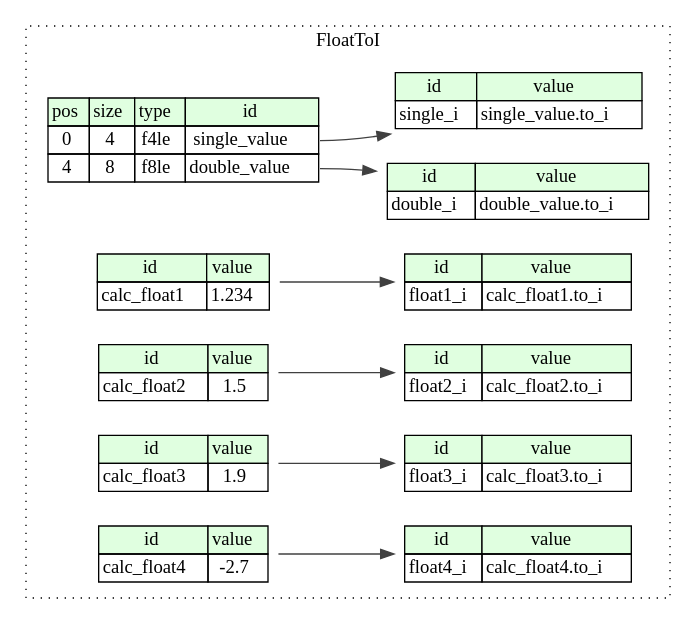
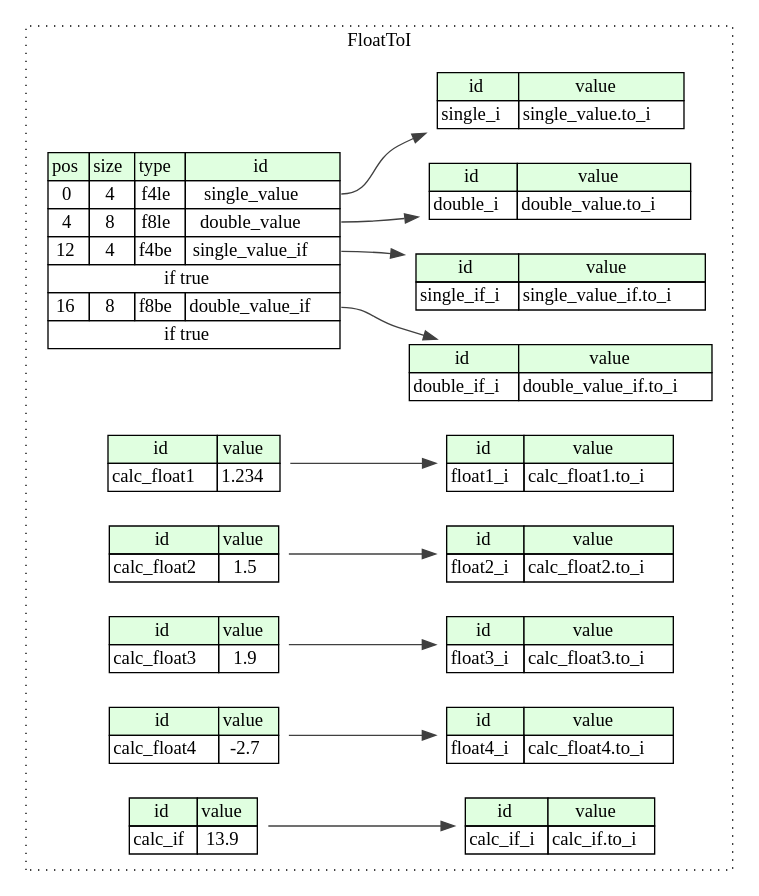
The diagram in compiled/graphviz/float_to_i.dot (kaitai-io/ci_targets), drawn with Graphviz before and after one commit. The commit also changed 2652 other files, not shown here.

```diff
--- a/compiled/graphviz/float_to_i.dot
+++ b/compiled/graphviz/float_to_i.dot
@@ -1,60 +1,83 @@
 digraph {
 	rankdir=LR;
 	node [shape=plaintext];
 	subgraph cluster__float_to_i {
 		label="FloatToI";
 		graph[style=dotted];
 
 		float_to_i__seq [label=<<TABLE BORDER="0" CELLBORDER="1" CELLSPACING="0">
 			<TR><TD BGCOLOR="#E0FFE0">pos</TD><TD BGCOLOR="#E0FFE0">size</TD><TD BGCOLOR="#E0FFE0">type</TD><TD BGCOLOR="#E0FFE0">id</TD></TR>
 			<TR><TD PORT="single_value_pos">0</TD><TD PORT="single_value_size">4</TD><TD>f4le</TD><TD PORT="single_value_type">single_value</TD></TR>
 			<TR><TD PORT="double_value_pos">4</TD><TD PORT="double_value_size">8</TD><TD>f8le</TD><TD PORT="double_value_type">double_value</TD></TR>
+			<TR><TD PORT="single_value_if_pos">12</TD><TD PORT="single_value_if_size">4</TD><TD>f4be</TD><TD PORT="single_value_if_type">single_value_if</TD></TR>
+			<TR><TD COLSPAN="4" PORT="single_value_if__if">if true</TD></TR>
+			<TR><TD PORT="double_value_if_pos">16</TD><TD PORT="double_value_if_size">8</TD><TD>f8be</TD><TD PORT="double_value_if_type">double_value_if</TD></TR>
+			<TR><TD COLSPAN="4" PORT="double_value_if__if">if true</TD></TR>
 		</TABLE>>];
 		float_to_i__inst__calc_float1 [label=<<TABLE BORDER="0" CELLBORDER="1" CELLSPACING="0">
 			<TR><TD BGCOLOR="#E0FFE0">id</TD><TD BGCOLOR="#E0FFE0">value</TD></TR>
 			<TR><TD>calc_float1</TD><TD>1.234</TD></TR>
 		</TABLE>>];
 		float_to_i__inst__calc_float2 [label=<<TABLE BORDER="0" CELLBORDER="1" CELLSPACING="0">
 			<TR><TD BGCOLOR="#E0FFE0">id</TD><TD BGCOLOR="#E0FFE0">value</TD></TR>
 			<TR><TD>calc_float2</TD><TD>1.5</TD></TR>
 		</TABLE>>];
 		float_to_i__inst__calc_float3 [label=<<TABLE BORDER="0" CELLBORDER="1" CELLSPACING="0">
 			<TR><TD BGCOLOR="#E0FFE0">id</TD><TD BGCOLOR="#E0FFE0">value</TD></TR>
 			<TR><TD>calc_float3</TD><TD>1.9</TD></TR>
 		</TABLE>>];
 		float_to_i__inst__calc_float4 [label=<<TABLE BORDER="0" CELLBORDER="1" CELLSPACING="0">
 			<TR><TD BGCOLOR="#E0FFE0">id</TD><TD BGCOLOR="#E0FFE0">value</TD></TR>
 			<TR><TD>calc_float4</TD><TD>-2.7</TD></TR>
 		</TABLE>>];
+		float_to_i__inst__calc_if [label=<<TABLE BORDER="0" CELLBORDER="1" CELLSPACING="0">
+			<TR><TD BGCOLOR="#E0FFE0">id</TD><TD BGCOLOR="#E0FFE0">value</TD></TR>
+			<TR><TD>calc_if</TD><TD>13.9</TD></TR>
+		</TABLE>>];
+		float_to_i__inst__calc_if_i [label=<<TABLE BORDER="0" CELLBORDER="1" CELLSPACING="0">
+			<TR><TD BGCOLOR="#E0FFE0">id</TD><TD BGCOLOR="#E0FFE0">value</TD></TR>
+			<TR><TD>calc_if_i</TD><TD>calc_if.to_i</TD></TR>
+		</TABLE>>];
 		float_to_i__inst__double_i [label=<<TABLE BORDER="0" CELLBORDER="1" CELLSPACING="0">
 			<TR><TD BGCOLOR="#E0FFE0">id</TD><TD BGCOLOR="#E0FFE0">value</TD></TR>
 			<TR><TD>double_i</TD><TD>double_value.to_i</TD></TR>
+		</TABLE>>];
+		float_to_i__inst__double_if_i [label=<<TABLE BORDER="0" CELLBORDER="1" CELLSPACING="0">
+			<TR><TD BGCOLOR="#E0FFE0">id</TD><TD BGCOLOR="#E0FFE0">value</TD></TR>
+			<TR><TD>double_if_i</TD><TD>double_value_if.to_i</TD></TR>
 		</TABLE>>];
 		float_to_i__inst__float1_i [label=<<TABLE BORDER="0" CELLBORDER="1" CELLSPACING="0">
 			<TR><TD BGCOLOR="#E0FFE0">id</TD><TD BGCOLOR="#E0FFE0">value</TD></TR>
 			<TR><TD>float1_i</TD><TD>calc_float1.to_i</TD></TR>
 		</TABLE>>];
 		float_to_i__inst__float2_i [label=<<TABLE BORDER="0" CELLBORDER="1" CELLSPACING="0">
 			<TR><TD BGCOLOR="#E0FFE0">id</TD><TD BGCOLOR="#E0FFE0">value</TD></TR>
 			<TR><TD>float2_i</TD><TD>calc_float2.to_i</TD></TR>
 		</TABLE>>];
 		float_to_i__inst__float3_i [label=<<TABLE BORDER="0" CELLBORDER="1" CELLSPACING="0">
 			<TR><TD BGCOLOR="#E0FFE0">id</TD><TD BGCOLOR="#E0FFE0">value</TD></TR>
 			<TR><TD>float3_i</TD><TD>calc_float3.to_i</TD></TR>
 		</TABLE>>];
 		float_to_i__inst__float4_i [label=<<TABLE BORDER="0" CELLBORDER="1" CELLSPACING="0">
 			<TR><TD BGCOLOR="#E0FFE0">id</TD><TD BGCOLOR="#E0FFE0">value</TD></TR>
 			<TR><TD>float4_i</TD><TD>calc_float4.to_i</TD></TR>
 		</TABLE>>];
 		float_to_i__inst__single_i [label=<<TABLE BORDER="0" CELLBORDER="1" CELLSPACING="0">
 			<TR><TD BGCOLOR="#E0FFE0">id</TD><TD BGCOLOR="#E0FFE0">value</TD></TR>
 			<TR><TD>single_i</TD><TD>single_value.to_i</TD></TR>
 		</TABLE>>];
+		float_to_i__inst__single_if_i [label=<<TABLE BORDER="0" CELLBORDER="1" CELLSPACING="0">
+			<TR><TD BGCOLOR="#E0FFE0">id</TD><TD BGCOLOR="#E0FFE0">value</TD></TR>
+			<TR><TD>single_if_i</TD><TD>single_value_if.to_i</TD></TR>
+		</TABLE>>];
 	}
+	float_to_i__inst__calc_if:calc_if_type -> float_to_i__inst__calc_if_i [color="#404040"];
 	float_to_i__seq:double_value_type -> float_to_i__inst__double_i [color="#404040"];
+	float_to_i__seq:double_value_if_type -> float_to_i__inst__double_if_i [color="#404040"];
 	float_to_i__inst__calc_float1:calc_float1_type -> float_to_i__inst__float1_i [color="#404040"];
 	float_to_i__inst__calc_float2:calc_float2_type -> float_to_i__inst__float2_i [color="#404040"];
 	float_to_i__inst__calc_float3:calc_float3_type -> float_to_i__inst__float3_i [color="#404040"];
 	float_to_i__inst__calc_float4:calc_float4_type -> float_to_i__inst__float4_i [color="#404040"];
 	float_to_i__seq:single_value_type -> float_to_i__inst__single_i [color="#404040"];
+	float_to_i__seq:single_value_if_type -> float_to_i__inst__single_if_i [color="#404040"];
 }
```
